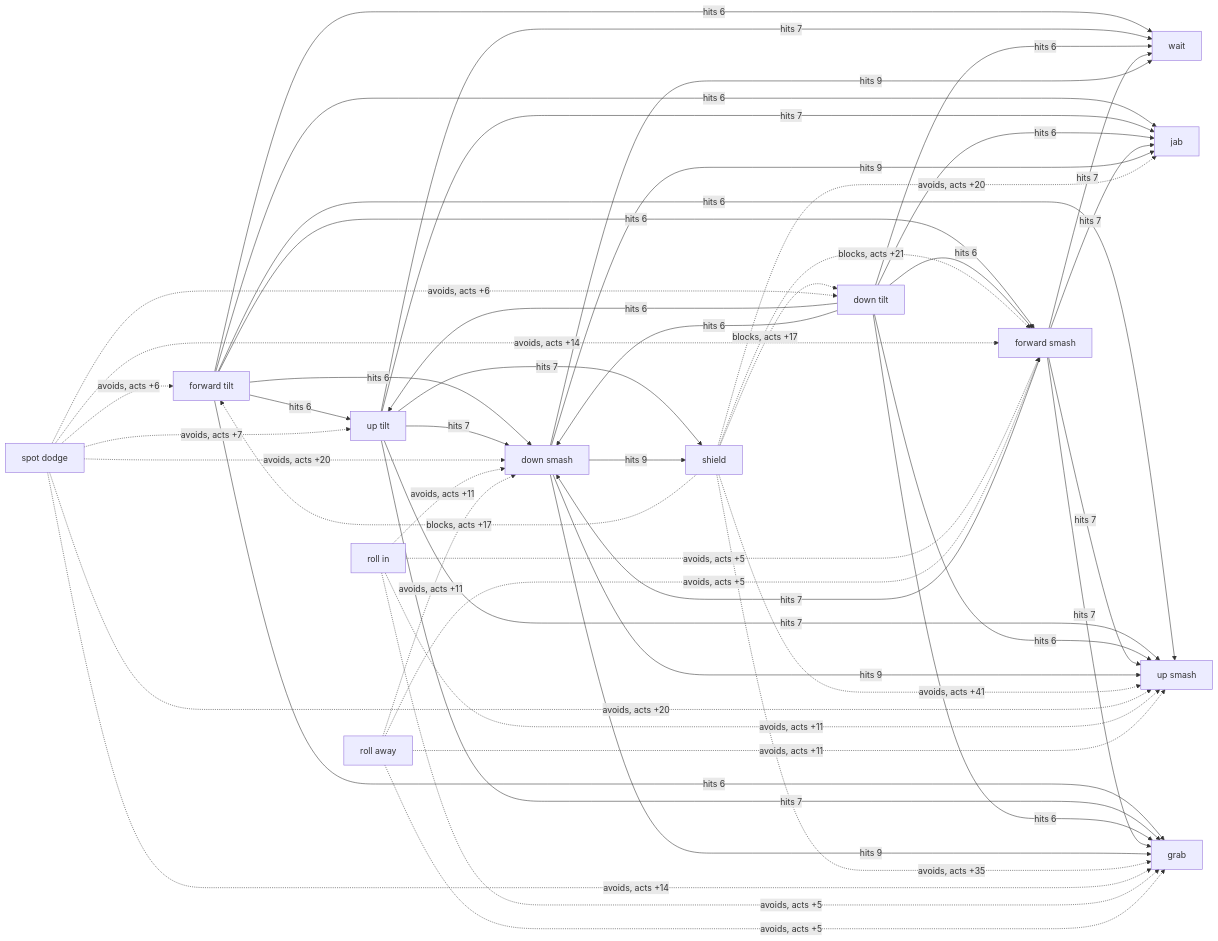
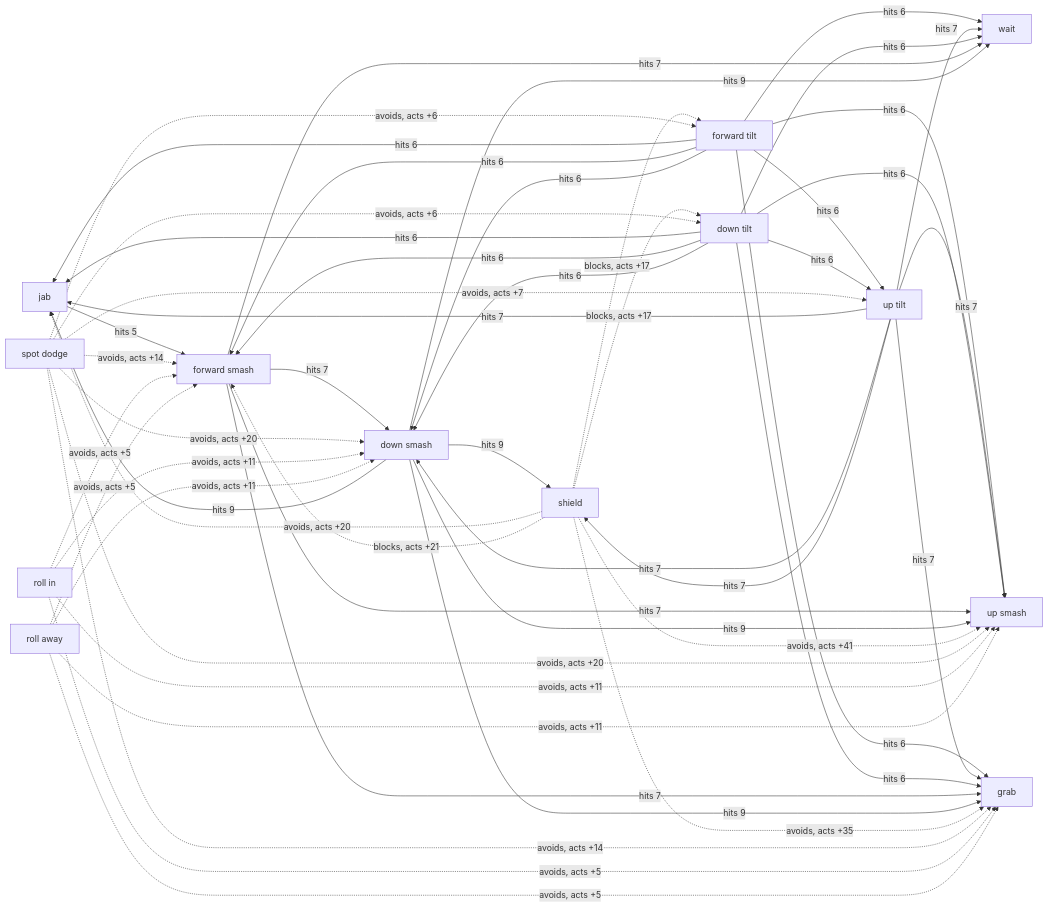
One commit to tompassarelli/makgora changed the third of 7 diagrams in tools/move-data/interactions/illidan.md. Above: the diagram before and after it, drawn with Mermaid. The commit also changed other lines of this file and 16 other files, not shown here.

````diff
--- a/tools/move-data/interactions/illidan.md
+++ b/tools/move-data/interactions/illidan.md
@@ -819,67 +819,67 @@
 ```mermaid
 flowchart LR
   wait["wait"]
   jab["jab"]
   forward_tilt["forward tilt"]
   up_tilt["up tilt"]
   down_tilt["down tilt"]
   forward_smash["forward smash"]
   up_smash["up smash"]
   down_smash["down smash"]
   grab["grab"]
   shield["shield"]
   spot_dodge["spot dodge"]
   roll_in["roll in"]
   roll_away["roll away"]
+  jab -->|"hits 5"| forward_smash
   forward_tilt -->|"hits 6"| wait
   forward_tilt -->|"hits 6"| jab
   forward_tilt -->|"hits 6"| up_tilt
   forward_tilt -->|"hits 6"| forward_smash
   forward_tilt -->|"hits 6"| up_smash
   forward_tilt -->|"hits 6"| down_smash
   forward_tilt -->|"hits 6"| grab
   up_tilt -->|"hits 7"| wait
   up_tilt -->|"hits 7"| jab
   up_tilt -->|"hits 7"| up_smash
   up_tilt -->|"hits 7"| down_smash
   up_tilt -->|"hits 7"| grab
   up_tilt -->|"hits 7"| shield
   down_tilt -->|"hits 6"| wait
   down_tilt -->|"hits 6"| jab
   down_tilt -->|"hits 6"| up_tilt
   down_tilt -->|"hits 6"| forward_smash
   down_tilt -->|"hits 6"| up_smash
   down_tilt -->|"hits 6"| down_smash
   down_tilt -->|"hits 6"| grab
   forward_smash -->|"hits 7"| wait
-  forward_smash -->|"hits 7"| jab
   forward_smash -->|"hits 7"| up_smash
   forward_smash -->|"hits 7"| down_smash
   forward_smash -->|"hits 7"| grab
   down_smash -->|"hits 9"| wait
   down_smash -->|"hits 9"| jab
   down_smash -->|"hits 9"| up_smash
   down_smash -->|"hits 9"| grab
   down_smash -->|"hits 9"| shield
   shield -.->|"avoids, acts +20"| jab
   shield -.->|"blocks, acts +17"| forward_tilt
   shield -.->|"blocks, acts +17"| down_tilt
   shield -.->|"blocks, acts +21"| forward_smash
   shield -.->|"avoids, acts +41"| up_smash
   shield -.->|"avoids, acts +35"| grab
   spot_dodge -.->|"avoids, acts +6"| forward_tilt
   spot_dodge -.->|"avoids, acts +7"| up_tilt
   spot_dodge -.->|"avoids, acts +6"| down_tilt
   spot_dodge -.->|"avoids, acts +14"| forward_smash
   spot_dodge -.->|"avoids, acts +20"| up_smash
   spot_dodge -.->|"avoids, acts +20"| down_smash
   spot_dodge -.->|"avoids, acts +14"| grab
   roll_in -.->|"avoids, acts +5"| forward_smash
   roll_in -.->|"avoids, acts +11"| up_smash
   roll_in -.->|"avoids, acts +11"| down_smash
   roll_in -.->|"avoids, acts +5"| grab
   roll_away -.->|"avoids, acts +5"| forward_smash
   roll_away -.->|"avoids, acts +11"| up_smash
   roll_away -.->|"avoids, acts +11"| down_smash
   roll_away -.->|"avoids, acts +5"| grab
 ```
````
